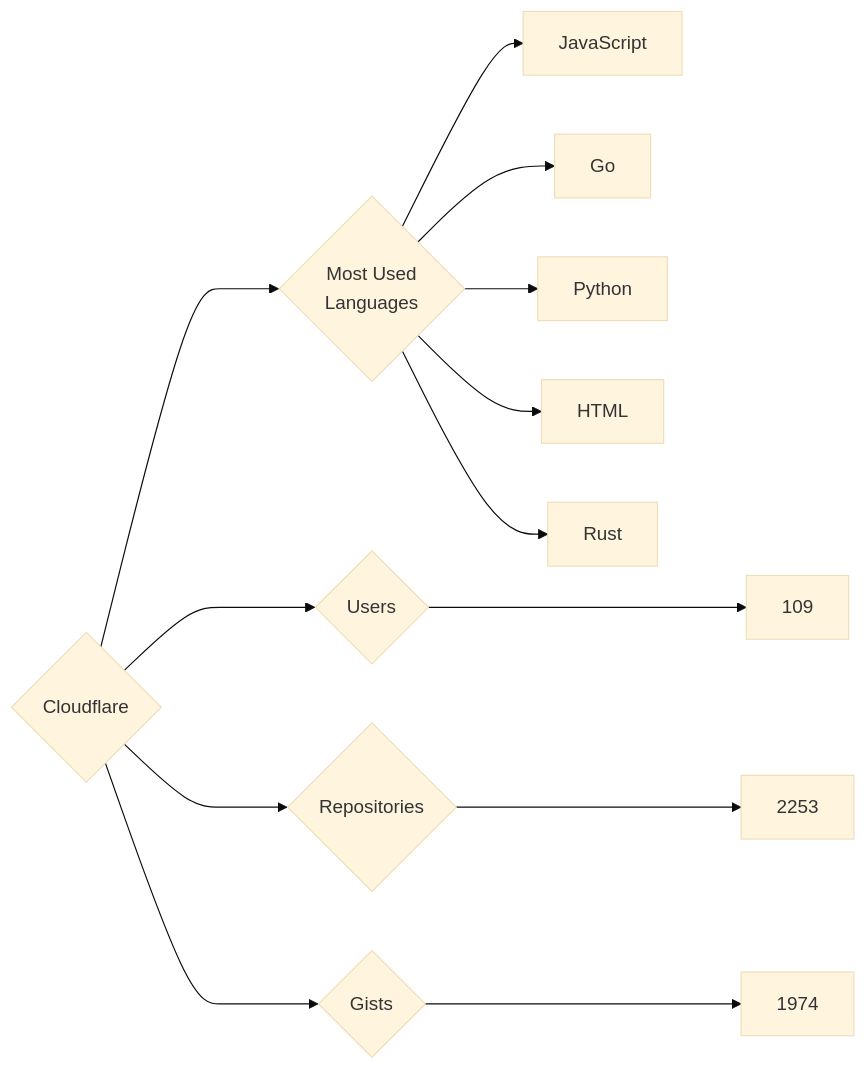
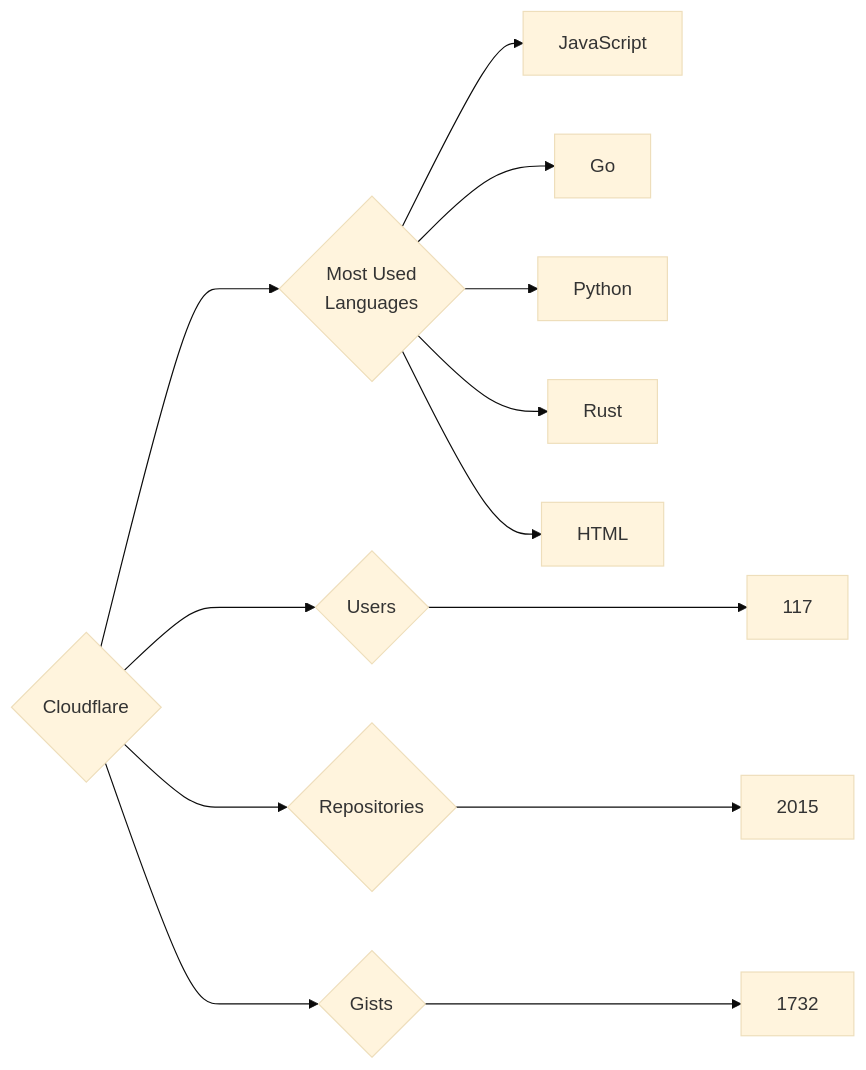
The diagram in targets/Cloudflare/README.md (trickest/insiders), drawn with Mermaid (base theme) before and after one commit. The commit also changed 899 other files, not shown here.

````diff
--- a/targets/Cloudflare/README.md
+++ b/targets/Cloudflare/README.md
@@ -3,13 +3,13 @@
 ```mermaid
 graph LR
 COMPANY_NAME{Cloudflare}
-COMPANY_NAME ---> U{Users} ---> UN[109]
-COMPANY_NAME ---> R{Repositories} ---> RN[2253]
-COMPANY_NAME ---> G{Gists} ---> GN[1974]
+COMPANY_NAME ---> U{Users} ---> UN[117]
+COMPANY_NAME ---> R{Repositories} ---> RN[2015]
+COMPANY_NAME ---> G{Gists} ---> GN[1732]
 COMPANY_NAME ---> ML{Most Used<br>Languages}
 ML --> JavaScript[JavaScript]
 ML --> Go[Go]
 ML --> Python[Python]
+ML --> Rust[Rust]
 ML --> HTML[HTML]
-ML --> Rust[Rust]
 ```
````
